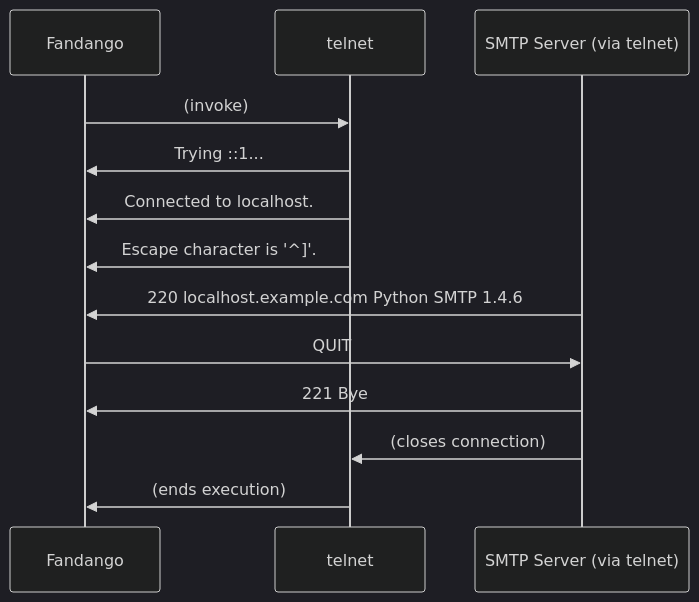
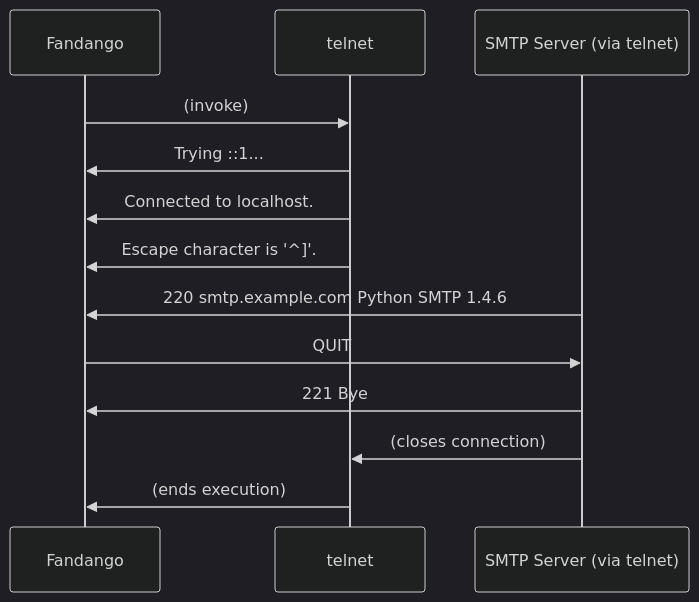
Before and after one commit to fandango-fuzzer/fandango-fuzzer.github.io: the second of 6 diagrams in _sources/Protocols.md, drawn with Mermaid (dark theme). The commit also changed other lines of this file and 169 other files, not shown here.

````diff
--- a/_sources/Protocols.md
+++ b/_sources/Protocols.md
@@ -147,12 +195,12 @@
 ```{mermaid}
 sequenceDiagram
     Fandango->>telnet: (invoke)
     telnet->>Fandango: Trying ::1...
     telnet->>Fandango: Connected to localhost.
     telnet->>Fandango: Escape character is '^]'.
-    SMTP Server (via telnet)->>Fandango: 220 localhost.example.com Python SMTP 1.4.6
+    SMTP Server (via telnet)->>Fandango: 220 smtp.example.com Python SMTP 1.4.6
     Fandango->>SMTP Server (via telnet): QUIT
     SMTP Server (via telnet)->>Fandango: 221 Bye
     SMTP Server (via telnet)->>telnet: (closes connection)
     telnet->>Fandango: (ends execution)
 ```
````
